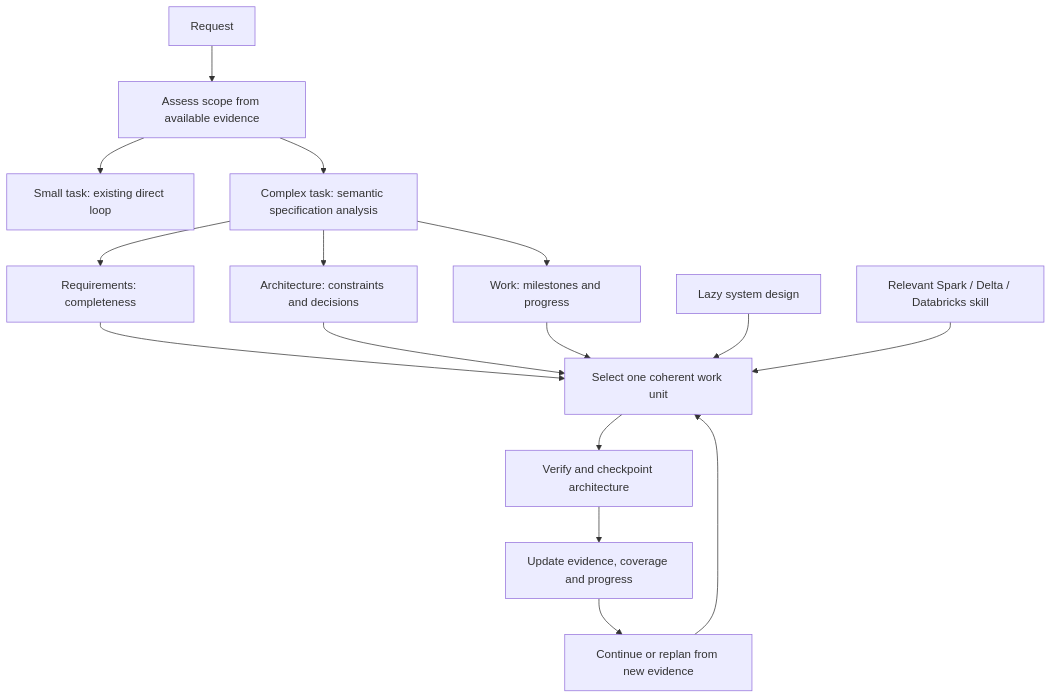
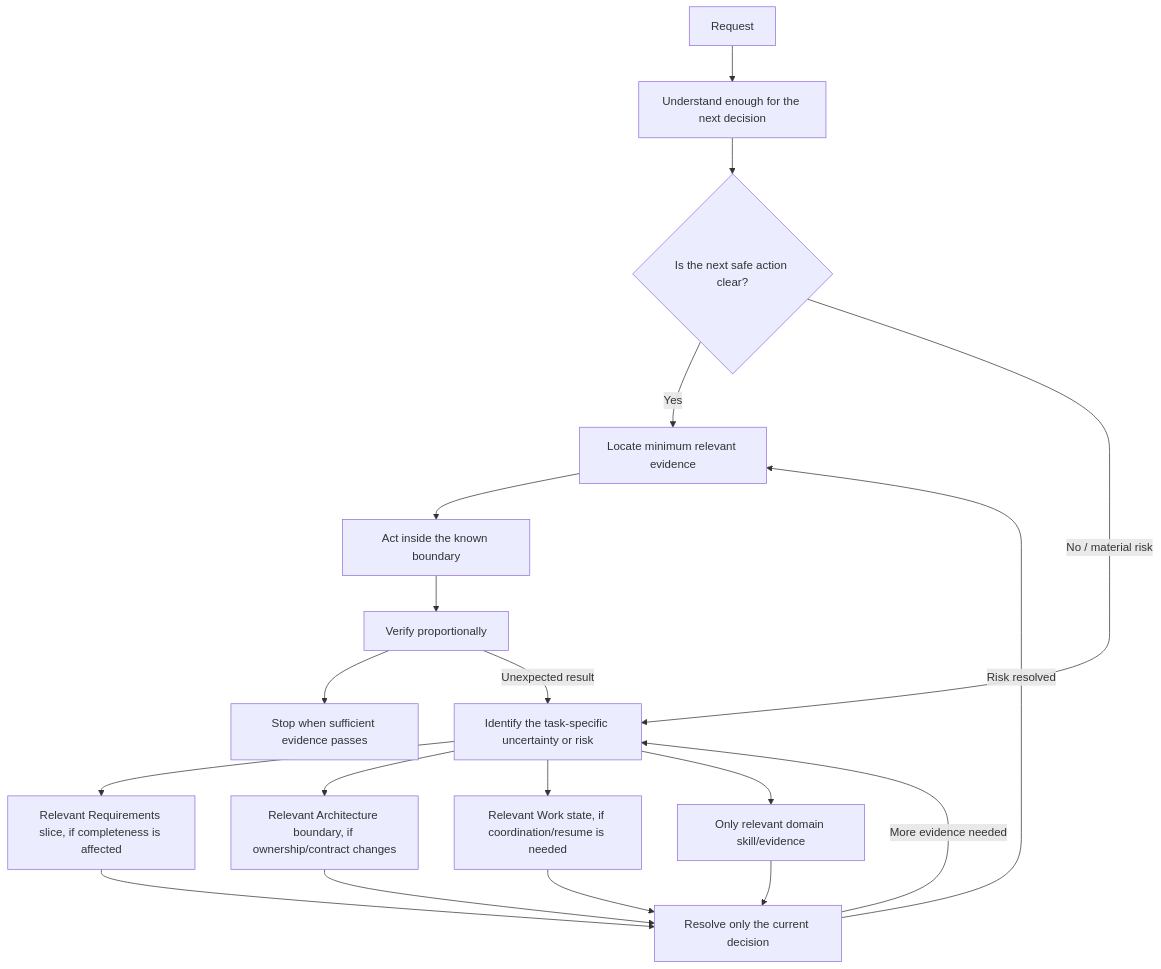
Before and after one commit to henrrs/anvil: the diagram in docs/architecture.md, drawn with Mermaid. The commit also changed other lines of this file and 37 other files, not shown here.

````diff
--- a/docs/architecture.md
+++ b/docs/architecture.md
@@ -43,18 +45,21 @@
 ```mermaid
 flowchart TD
-    Request --> Scope[Assess scope from available evidence]
-    Scope --> Direct[Small task: existing direct loop]
-    Scope --> Normalize[Complex task: semantic specification analysis]
-    Normalize --> Requirements[Requirements: completeness]
-    Normalize --> Architecture[Architecture: constraints and decisions]
-    Normalize --> Work[Work: milestones and progress]
-    Requirements --> Unit[Select one coherent work unit]
-    Architecture --> Unit
-    Work --> Unit
-    Design[Lazy system design] --> Unit
-    Domain[Relevant Spark / Delta / Databricks skill] --> Unit
-    Unit --> Verify[Verify and checkpoint architecture]
-    Verify --> Update[Update evidence, coverage and progress]
-    Update --> Replan[Continue or replan from new evidence]
-    Replan --> Unit
+    Request --> Understand[Understand enough for the next decision]
+    Understand --> Clear{Is the next safe action clear?}
+    Clear -->|Yes| Locate[Locate minimum relevant evidence]
+    Locate --> Act[Act inside the known boundary]
+    Act --> Focused[Verify proportionally]
+    Focused --> Stop[Stop when sufficient evidence passes]
+    Clear -->|No / material risk| Expand[Identify the task-specific uncertainty or risk]
+    Expand --> Req[Relevant Requirements slice, if completeness is affected]
+    Expand --> Arch[Relevant Architecture boundary, if ownership/contract changes]
+    Expand --> Work[Relevant Work state, if coordination/resume is needed]
+    Expand --> Domain[Only relevant domain skill/evidence]
+    Req --> Decide[Resolve only the current decision]
+    Arch --> Decide
+    Work --> Decide
+    Domain --> Decide
+    Decide -->|Risk resolved| Locate
+    Decide -->|More evidence needed| Expand
+    Focused -->|Unexpected result| Expand
 ```
````
